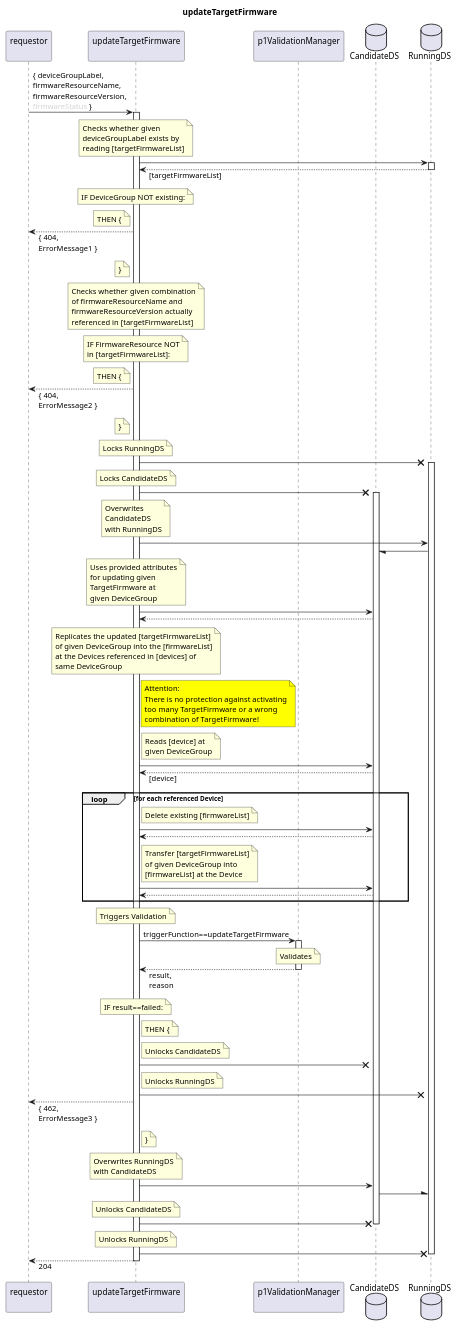
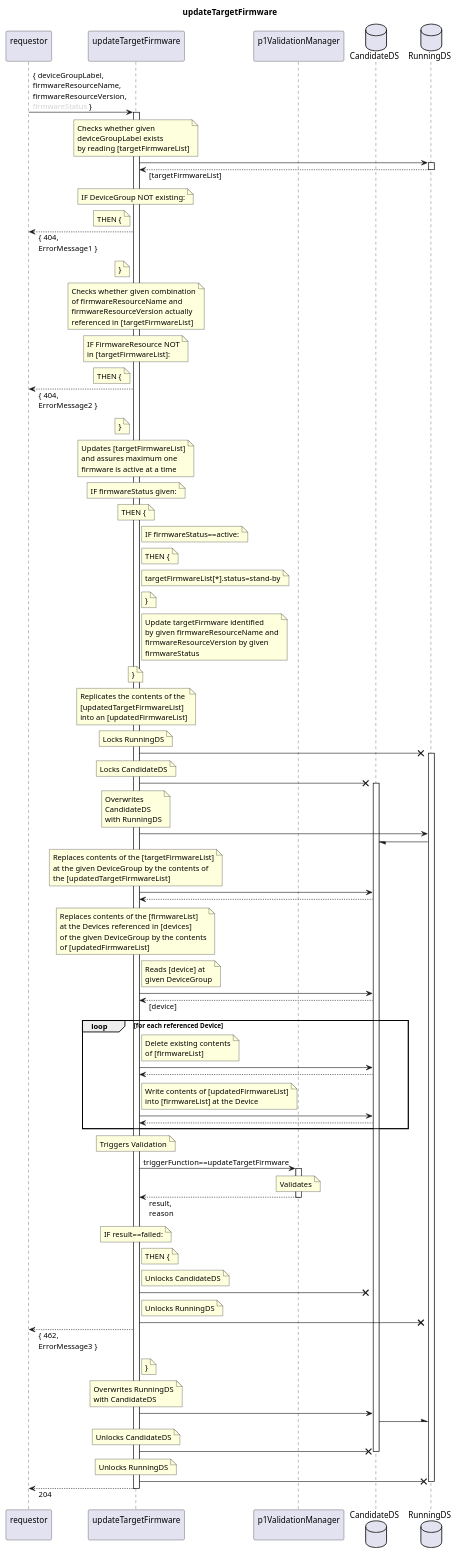
One commit to openBackhaul/FirmWareManager changed the diagram in spec/Services/updateTargetFirmware/1.0.0/updateTargetFirmware.plantuml. Above: the diagram before and after it, drawn with PlantUML. The commit also changed 13 other files, not shown here.

Commit message:
Specify TargetFirmware services

```diff
--- a/spec/Services/updateTargetFirmware/1.0.0/updateTargetFirmware.plantuml
+++ b/spec/Services/updateTargetFirmware/1.0.0/updateTargetFirmware.plantuml
@@ -1,164 +1,196 @@
 @startuml updateTargetFirmware
 skinparam responseMessageBelowArrow true
 
 title
   updateTargetFirmware
 end title
 
 participant "requestor\n" as requestor
 participant "updateTargetFirmware\n" as indServ
 participant "p1ValidationManager\n" as valiMan
 database "CandidateDS" as CanDS
 database "RunningDS" as RunDS
 
 requestor -> indServ: { deviceGroupLabel,\nfirmwareResourceName,\nfirmwareResourceVersion,\n<color:LightGray>firmwareStatus</color> }
 activate indServ
 
   note over indServ
     Checks whether given
-    deviceGroupLabel exists by
-    reading [targetFirmwareList]
+    deviceGroupLabel exists
+    by reading [targetFirmwareList]
   end note
   indServ -> RunDS
   activate RunDS
   indServ <-- RunDS: [targetFirmwareList]
   deactivate RunDS
   note over indServ
     IF DeviceGroup NOT existing:
   end note
   note left indServ
     THEN {
   end note
   requestor <-- indServ: { 404,\nErrorMessage1 }
   note left indServ
     }
   end note
 
   note over indServ
     Checks whether given combination
     of firmwareResourceName and
     firmwareResourceVersion actually
     referenced in [targetFirmwareList]
   end note
   note over indServ
     IF FirmwareResource NOT
     in [targetFirmwareList]:
   end note
   note left indServ
     THEN {
   end note
   requestor <-- indServ: { 404,\nErrorMessage2 }
   note left indServ
     }
   end note
 
   note over indServ
+    Updates [targetFirmwareList]
+    and assures maximum one
+    firmware is active at a time
+  end note
+  note over indServ
+    IF firmwareStatus given:
+  end note
+  note over indServ
+    THEN {
+  end note
+  note right indServ
+    IF firmwareStatus==active:
+  end note
+  note right indServ
+    THEN {
+  end note
+  note right indServ
+    targetFirmwareList[*].status=stand-by
+  end note
+  note right indServ
+    }
+  end note
+  note right indServ
+    Update targetFirmware identified
+    by given firmwareResourceName and
+    firmwareResourceVersion by given
+    firmwareStatus
+  end note
+  note over indServ
+    }
+  end note
+
+  note over indServ
+    Replicates the contents of the 
+    [updatedTargetFirmwareList]
+    into an [updatedFirmwareList]
+  end note
+
+  note over indServ
     Locks RunningDS
   end note
   indServ -X RunDS
   activate RunDS
   note over indServ
     Locks CandidateDS
   end note
   indServ -X CanDS
   activate CanDS
   note over indServ
     Overwrites
     CandidateDS
     with RunningDS
   end note
   indServ -> RunDS
   RunDS -/ CanDS
 
   note over indServ
-    Uses provided attributes
-    for updating given
-    TargetFirmware at
-    given DeviceGroup
+    Replaces contents of the [targetFirmwareList]
+    at the given DeviceGroup by the contents of
+    the [updatedTargetFirmwareList]
   end note
   indServ -> CanDS
   indServ <-- CanDS
 
   note over indServ
-    Replicates the updated [targetFirmwareList]
-    of given DeviceGroup into the [firmwareList]
-    at the Devices referenced in [devices] of
-    same DeviceGroup
-  end note
-  note left valiMan #Yellow
-    Attention:
-    There is no protection against activating
-    too many TargetFirmware or a wrong
-    combination of TargetFirmware!
+    Replaces contents of the [firmwareList]
+    at the Devices referenced in [devices] 
+    of the given DeviceGroup by the contents
+    of [updatedFirmwareList]
   end note
   note right indServ
     Reads [device] at
     given DeviceGroup
   end note
   indServ -> CanDS
   indServ <-- CanDS: [device]
   loop for each referenced Device
     note right indServ
-      Delete existing [firmwareList]
+      Delete existing contents
+      of [firmwareList]
     end note
     indServ -> CanDS
     indServ <-- CanDS
     note right indServ
-      Transfer [targetFirmwareList]
-      of given DeviceGroup into
-      [firmwareList] at the Device
+      Write contents of [updatedFirmwareList]
+      into [firmwareList] at the Device
     end note
     indServ -> CanDS
     indServ <-- CanDS
   end loop
 
   note over indServ
     Triggers Validation
   end note
   indServ -> valiMan: triggerFunction==updateTargetFirmware
   activate valiMan
     note over valiMan
       Validates
     end note
   indServ <-- valiMan: result,\nreason
   deactivate valiMan
   note over indServ
     IF result==failed:
   end note
   note right indServ
     THEN {
   end note
   note right indServ
     Unlocks CandidateDS
   end note
   indServ -X CanDS
   note right indServ
     Unlocks RunningDS
   end note
   indServ -X RunDS
   requestor <-- indServ: { 462,\nErrorMessage3 }
   note right indServ
     }
   end note
 
   note over indServ
     Overwrites RunningDS
     with CandidateDS
   end note
   indServ -> CanDS
   CanDS -\ RunDS
   note over indServ
     Unlocks CandidateDS
   end note
   indServ -X CanDS
   deactivate CanDS
   note over indServ
     Unlocks RunningDS
   end note
   indServ -X RunDS
   deactivate RunDS
 
 requestor <-- indServ: 204
 deactivate indServ
 
 @enduml
```
